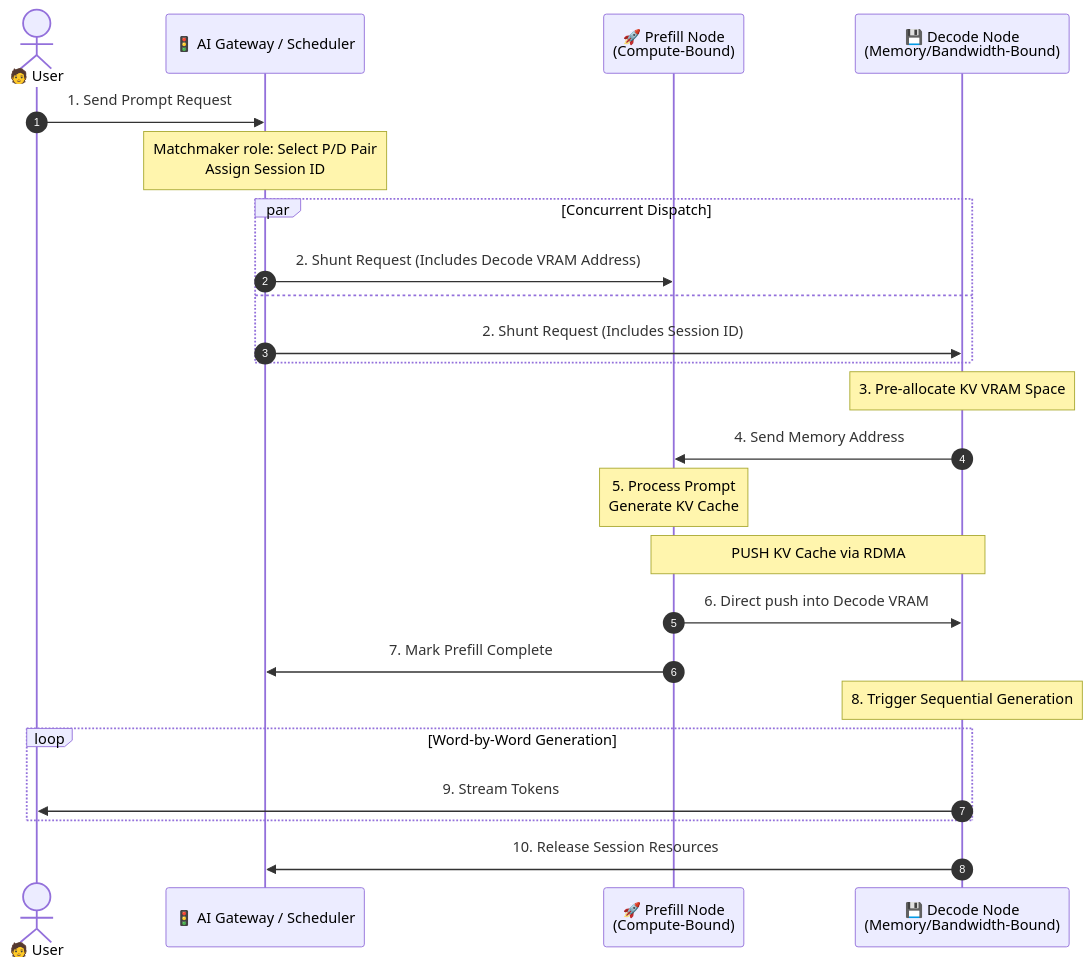
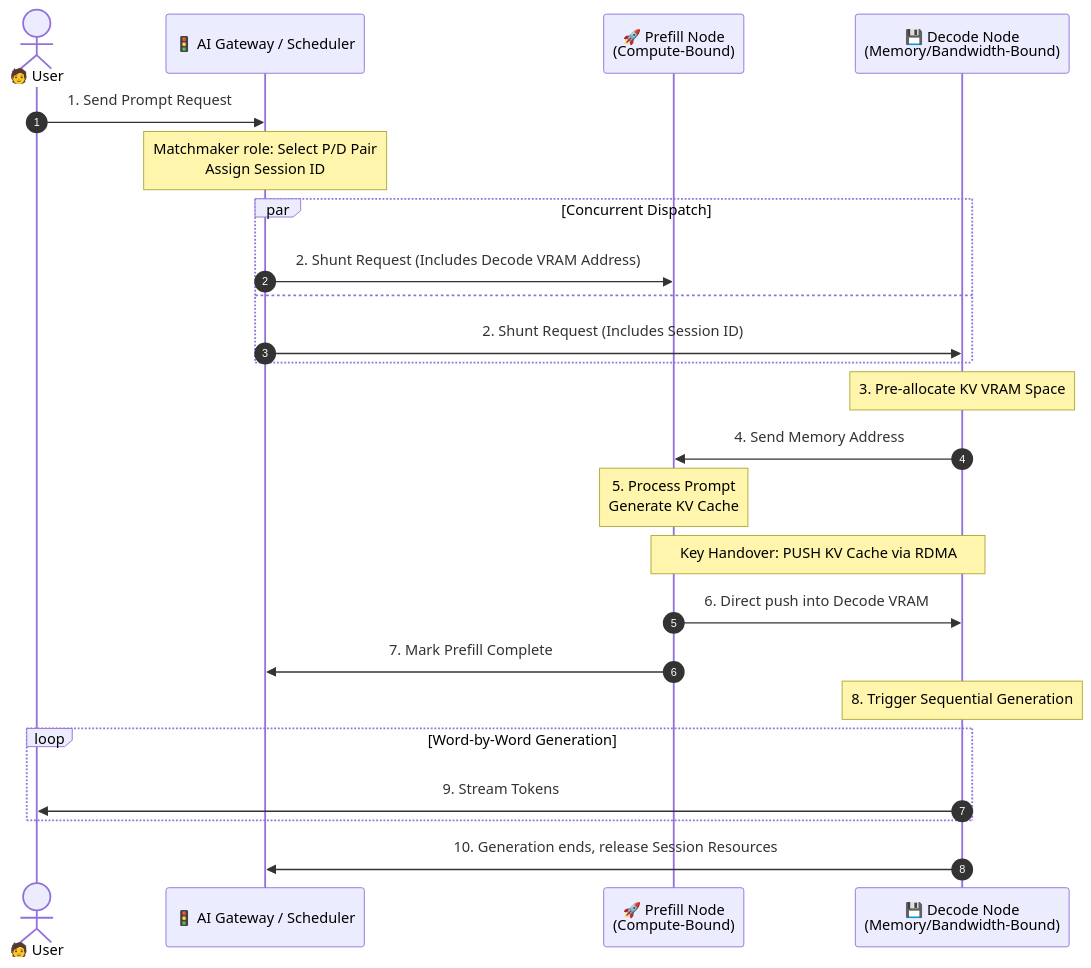
The diagram in parts/part4_distributed.md (Random-Liu/llm-inference-principle-to-production), drawn with Mermaid before and after one commit. The commit also changed other lines of this file and 3 other files, not shown here.

````diff
--- a/parts/part4_distributed.md
+++ b/parts/part4_distributed.md
@@ -377,33 +393,33 @@
 ```mermaid
 sequenceDiagram
     autonumber
     actor User as 🧑 User
     participant Gateway as 🚦 AI Gateway / Scheduler
     participant Prefill as 🚀 Prefill Node<br/>(Compute-Bound)
     participant Decode as 💾 Decode Node<br/>(Memory/Bandwidth-Bound)
 
     User->>Gateway: 1. Send Prompt Request
     Note over Gateway: Matchmaker role: Select P/D Pair<br/>Assign Session ID
     par Concurrent Dispatch
         Gateway->>Prefill: 2. Shunt Request (Includes Decode VRAM Address)
     and
         Gateway->>Decode: 2. Shunt Request (Includes Session ID)
     end
     
     Note over Decode: 3. Pre-allocate KV VRAM Space
     Decode->>Prefill: 4. Send Memory Address
     
     Note over Prefill: 5. Process Prompt<br/>Generate KV Cache
     
-    Note over Prefill, Decode: PUSH KV Cache via RDMA
+    Note over Prefill, Decode: Key Handover: PUSH KV Cache via RDMA
     Prefill->>Decode: 6. Direct push into Decode VRAM
     
     Prefill->>Gateway: 7. Mark Prefill Complete
     
     Note over Decode: 8. Trigger Sequential Generation
     
     loop Word-by-Word Generation
         Decode->>User: 9. Stream Tokens
     end
-    Decode->>Gateway: 10. Release Session Resources
+    Decode->>Gateway: 10. Generation ends, release Session Resources
 ```
````
